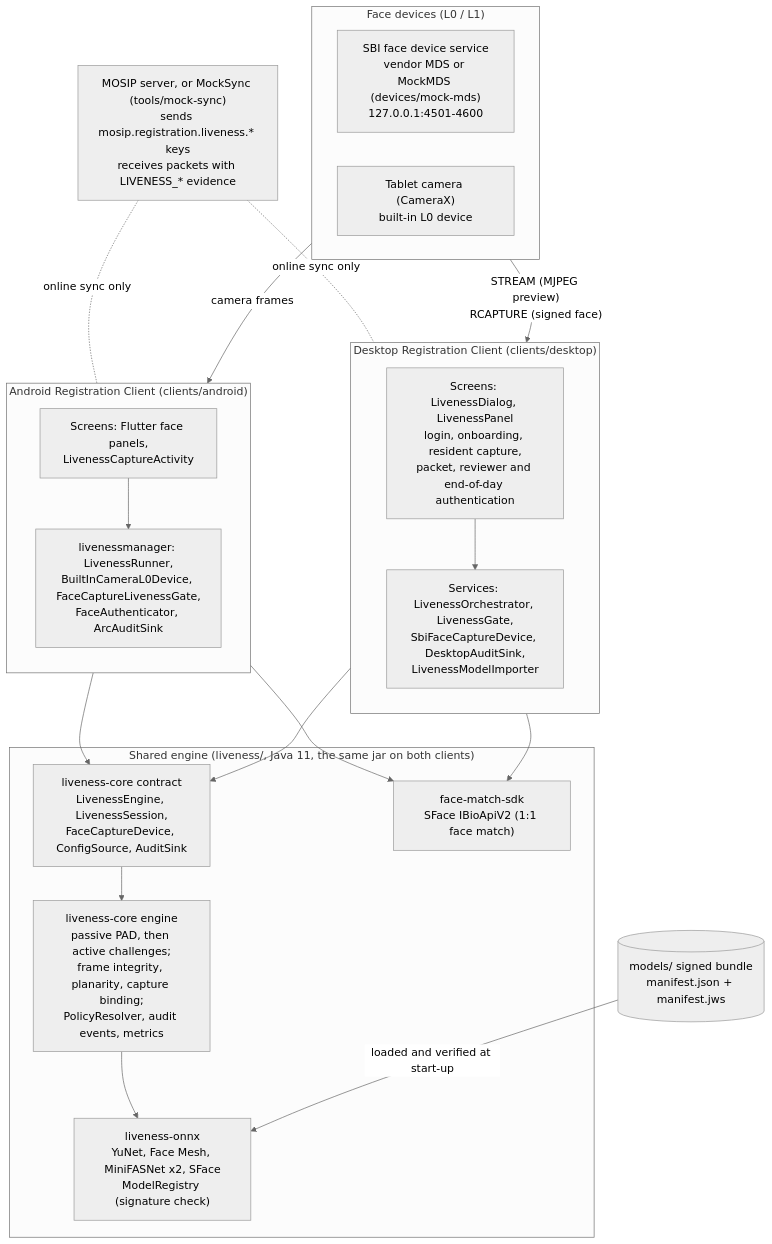
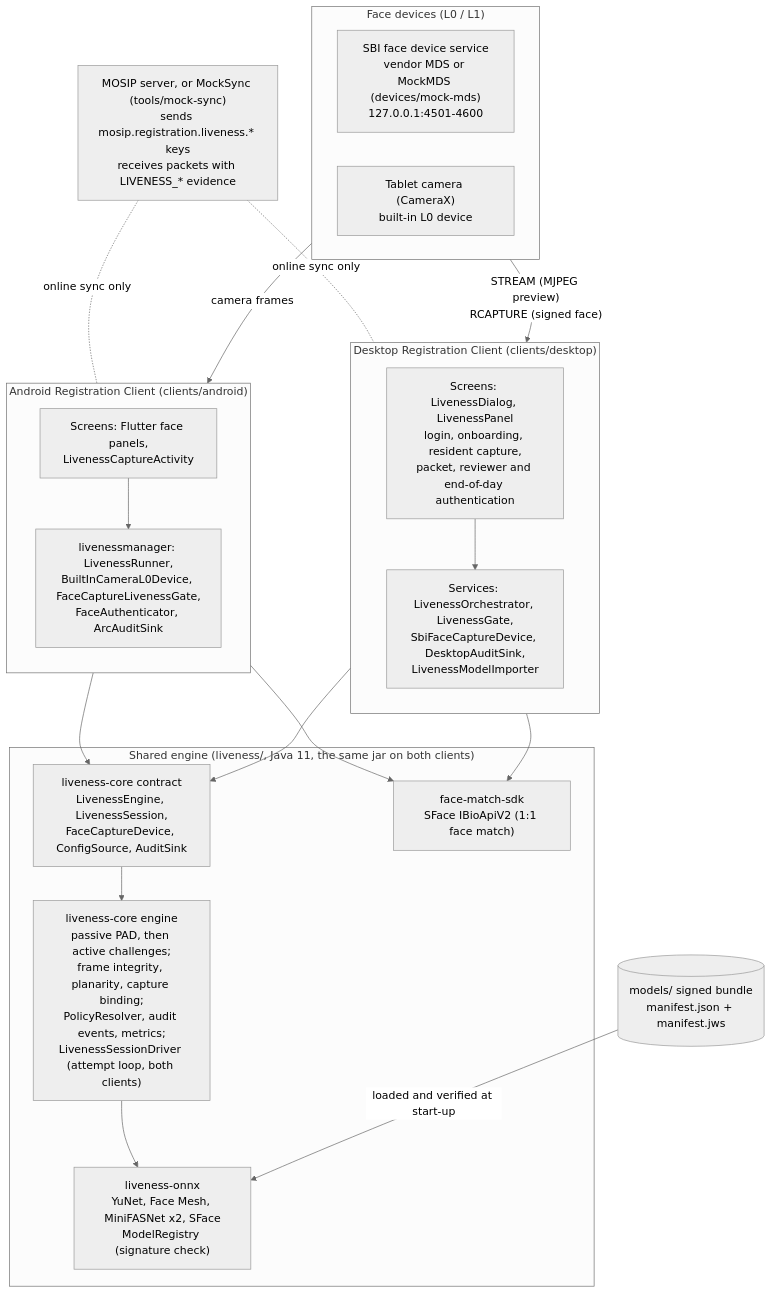
Before and after one commit to Paradox-73/Face_Liveness_Detection_and_Presentation_Attack_Detection: the first of 2 diagrams in docs/design/architecture.md, drawn with Mermaid (neutral theme). The commit also changed other lines of this file and 47 other files, not shown here.

````diff
--- a/docs/design/architecture.md
+++ b/docs/design/architecture.md
@@ -32,39 +32,39 @@
 ```mermaid
 flowchart TB
   subgraph DEV["Face devices (L0 / L1)"]
     direction LR
     MDS["SBI face device service<br/>vendor MDS or MockMDS (devices/mock-mds)<br/>127.0.0.1:4501-4600"]
     CAM["Tablet camera (CameraX)<br/>built-in L0 device"]
   end
   subgraph RC["Desktop Registration Client (clients/desktop)"]
     direction TB
     RCU["Screens: LivenessDialog, LivenessPanel<br/>login, onboarding, resident capture,<br/>packet, reviewer and end-of-day authentication"]
     RCS["Services: LivenessOrchestrator, LivenessGate,<br/>SbiFaceCaptureDevice, DesktopAuditSink,<br/>LivenessModelImporter"]
     RCU --> RCS
   end
   subgraph ARC["Android Registration Client (clients/android)"]
     direction TB
     APP["Screens: Flutter face panels,<br/>LivenessCaptureActivity"]
     LM["livenessmanager: LivenessRunner,<br/>BuiltInCameraL0Device, FaceCaptureLivenessGate,<br/>FaceAuthenticator, ArcAuditSink"]
     APP --> LM
   end
   subgraph CORE["Shared engine (liveness/, Java 11, the same jar on both clients)"]
     API["liveness-core contract<br/>LivenessEngine, LivenessSession,<br/>FaceCaptureDevice, ConfigSource, AuditSink"]
-    ENG["liveness-core engine<br/>passive PAD, then active challenges;<br/>frame integrity, planarity, capture binding;<br/>PolicyResolver, audit events, metrics"]
+    ENG["liveness-core engine<br/>passive PAD, then active challenges;<br/>frame integrity, planarity, capture binding;<br/>PolicyResolver, audit events, metrics;<br/>LivenessSessionDriver (attempt loop, both clients)"]
     ONNX["liveness-onnx<br/>YuNet, Face Mesh, MiniFASNet x2, SFace<br/>ModelRegistry (signature check)"]
     SDK["face-match-sdk<br/>SFace IBioApiV2 (1:1 face match)"]
     API --> ENG --> ONNX
   end
   MODELS[("models/ signed bundle<br/>manifest.json + manifest.jws")]
   MS["MOSIP server, or MockSync (tools/mock-sync)<br/>sends mosip.registration.liveness.* keys<br/>receives packets with LIVENESS_* evidence"]
 
   MDS -- "STREAM (MJPEG preview)<br/>RCAPTURE (signed face)" --> RCS
   CAM -- "camera frames" --> LM
   RCS --> API
   LM --> API
   RCS --> SDK
   LM --> SDK
   MODELS -- "loaded and verified at start-up" --> ONNX
   MS -. "online sync only" .- RC
   MS -. "online sync only" .- ARC
 ```
````
